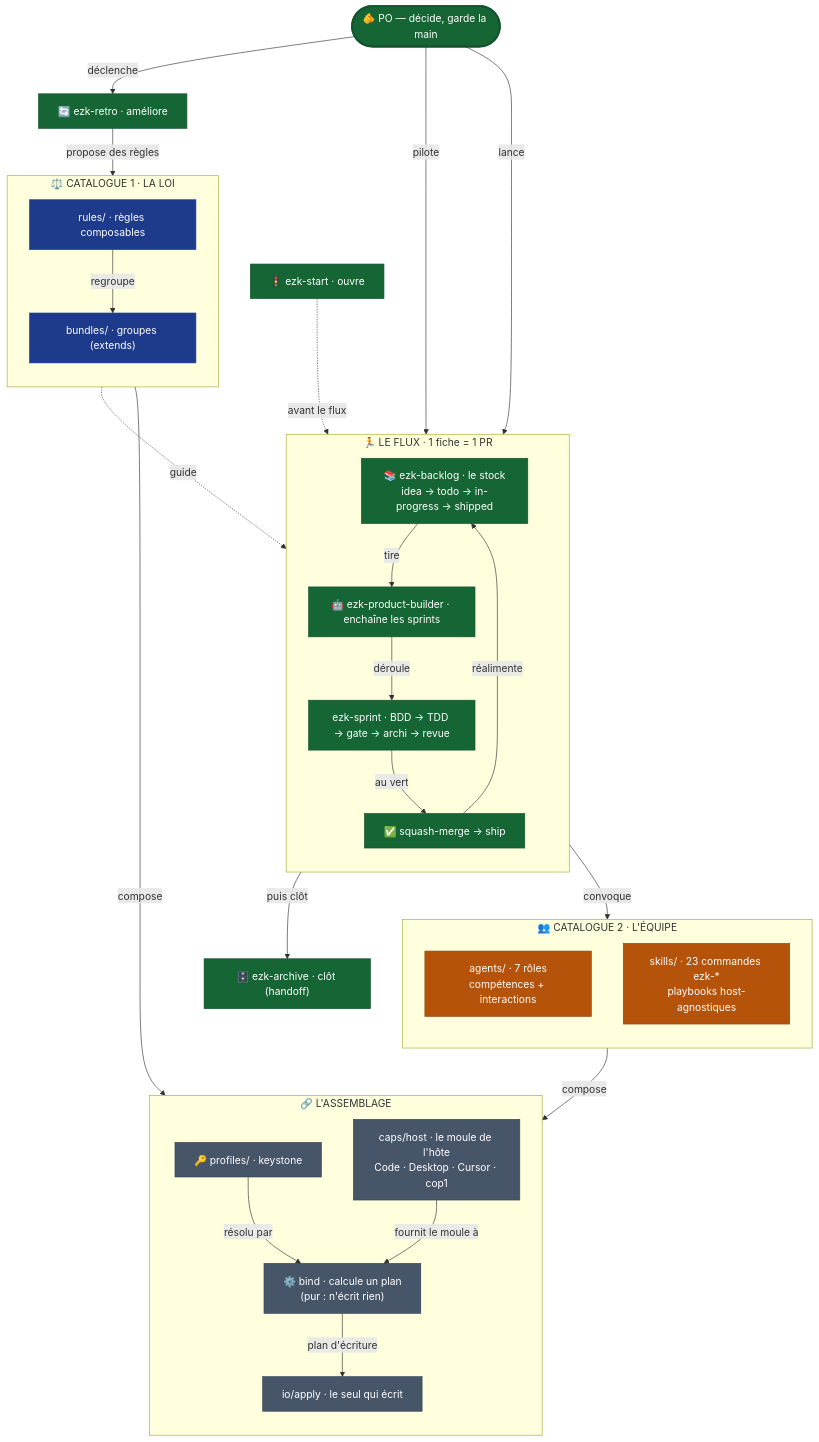
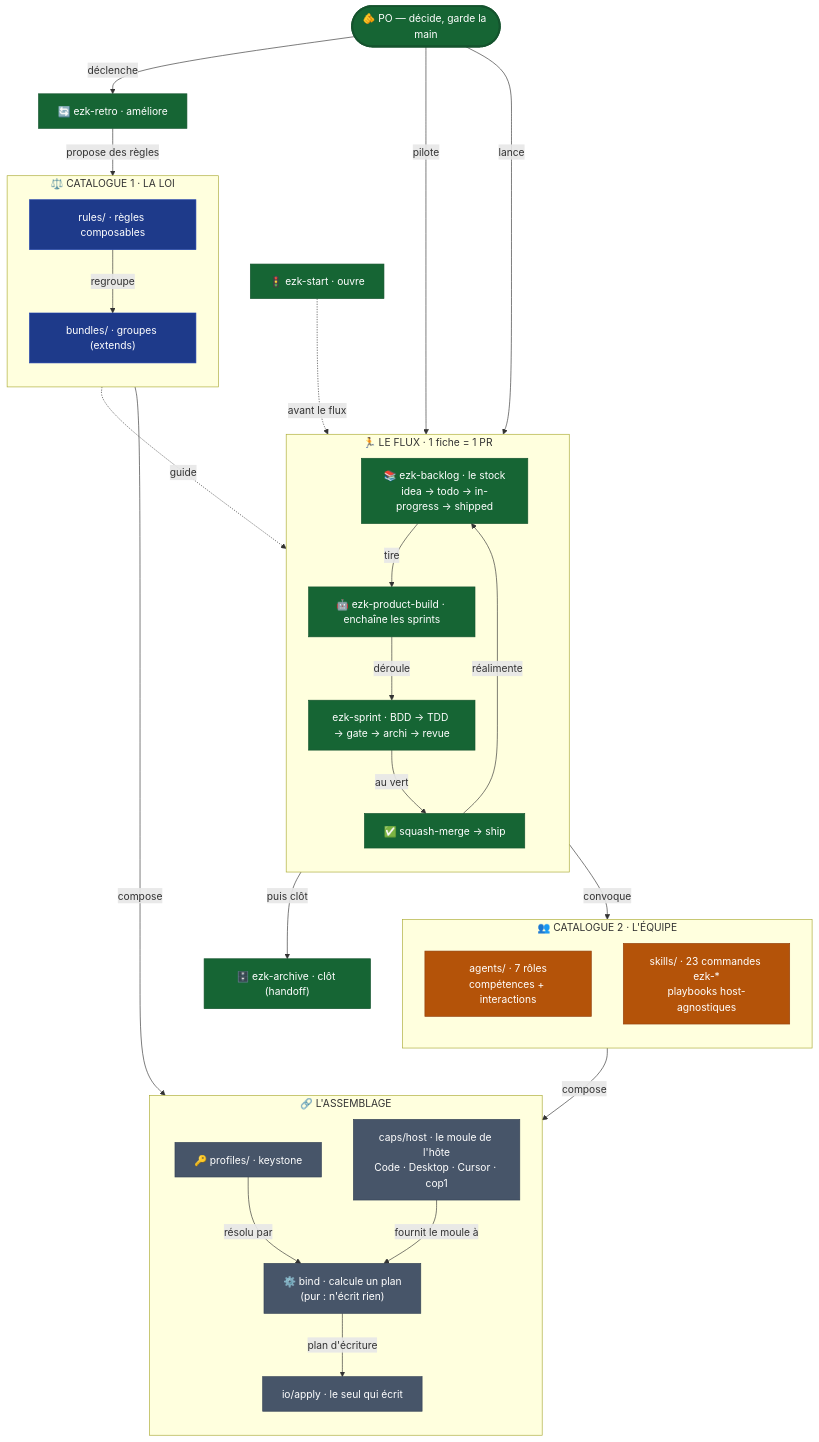
The diagram in diagrams/methode-mega-city/diagram.mmd (elzinko/vectorz), drawn with Mermaid before and after one commit. The commit also changed 64 other files, not shown here.

First line of the commit message:
refactor(method): lot 3.2 — split cérémonie/rôle : le skill devient ezk-product-build

```diff
--- a/diagrams/methode-mega-city/diagram.mmd
+++ b/diagrams/methode-mega-city/diagram.mmd
@@ -1,57 +1,57 @@
 flowchart TB
     PO(["🫵 PO — décide, garde la main"])
 
     subgraph LOI["⚖️ CATALOGUE 1 · LA LOI"]
         direction TB
         R["rules/ · règles composables"] -->|regroupe| B["bundles/ · groupes (extends)"]
     end
 
     subgraph EQ["👥 CATALOGUE 2 · L'ÉQUIPE"]
         direction TB
         AG["agents/ · 7 rôles<br/>compétences + interactions"]
         SK["skills/ · 23 commandes ezk-*<br/>playbooks host-agnostiques"]
     end
 
     subgraph ASM["🔗 L'ASSEMBLAGE"]
         direction TB
         KEY["🔑 profiles/ · keystone"] -->|résolu par| BIND["⚙️ bind · calcule un plan<br/>(pur : n'écrit rien)"]
         CAPS["caps/host · le moule de l'hôte<br/>Code · Desktop · Cursor · cop1"] -->|fournit le moule à| BIND
         BIND -->|plan d'écriture| APPLY["io/apply · le seul qui écrit"]
     end
 
     subgraph FLOW["🏃 LE FLUX · 1 fiche = 1 PR"]
         direction TB
         BL["📚 ezk-backlog · le stock<br/>idea → todo → in-progress → shipped"]
-        PB["🤖 ezk-product-builder · enchaîne les sprints"]
+        PB["🤖 ezk-product-build · enchaîne les sprints"]
         SP["ezk-sprint · BDD → TDD → gate → archi → revue"]
         SHIP["✅ squash-merge → ship"]
         BL -->|tire| PB -->|déroule| SP -->|au vert| SHIP
     end
 
     START["🚦 ezk-start · ouvre"]
     ARCH["🗄️ ezk-archive · clôt (handoff)"]
     RETRO["🔄 ezk-retro · améliore"]
 
     LOI -->|compose| KEY
     EQ -->|compose| KEY
     PO -->|pilote| BL
     PO -->|lance| PB
     SP -->|convoque| AG
     LOI -.->|guide| SP
     SHIP -->|réalimente| BL
     START -.->|avant le flux| BL
     SHIP -->|puis clôt| ARCH
     PO -->|déclenche| RETRO
     RETRO -->|propose des règles| LOI
 
     classDef loi fill:#1e3a8a,stroke:#1e40af,color:#fff;
     classDef eq fill:#b45309,stroke:#92400e,color:#fff;
     classDef flow fill:#166534,stroke:#14532d,color:#fff;
     classDef asm fill:#475569,stroke:#334155,color:#fff;
     classDef po fill:#166534,stroke:#14532d,color:#fff,stroke-width:3px;
 
     class R,B loi;
     class AG,SK eq;
     class BL,PB,SP,SHIP,START,ARCH,RETRO flow;
     class KEY,CAPS,BIND,APPLY asm;
     class PO po;
```
